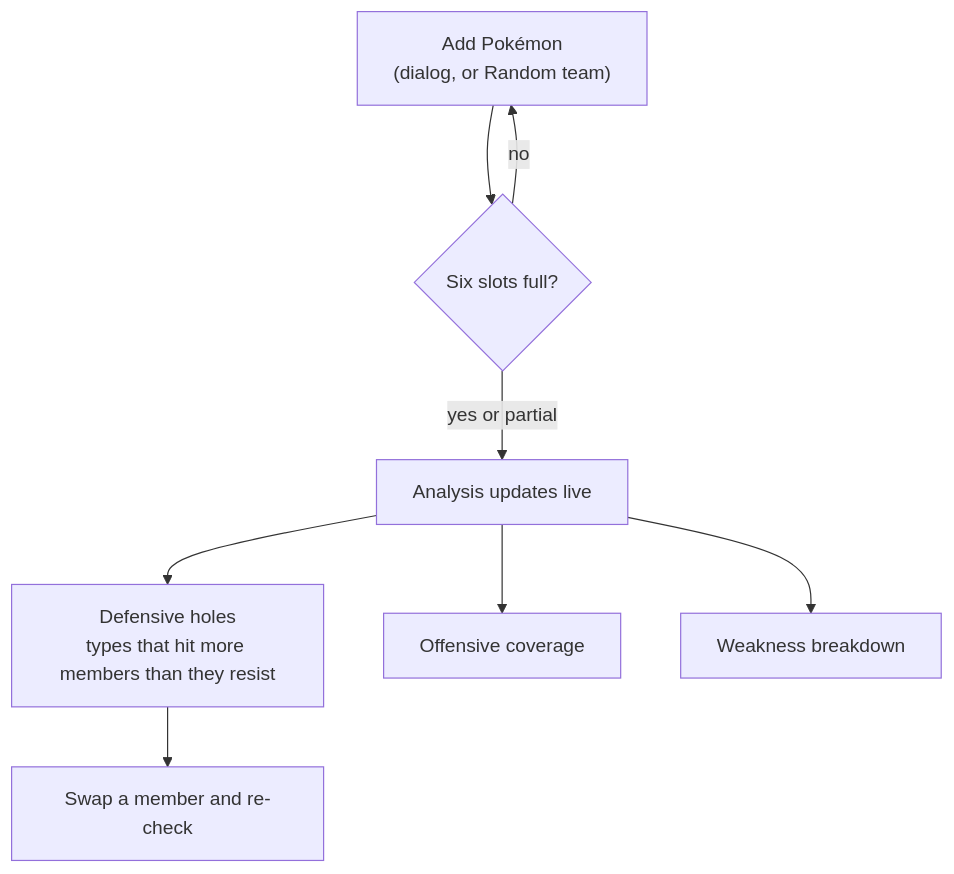
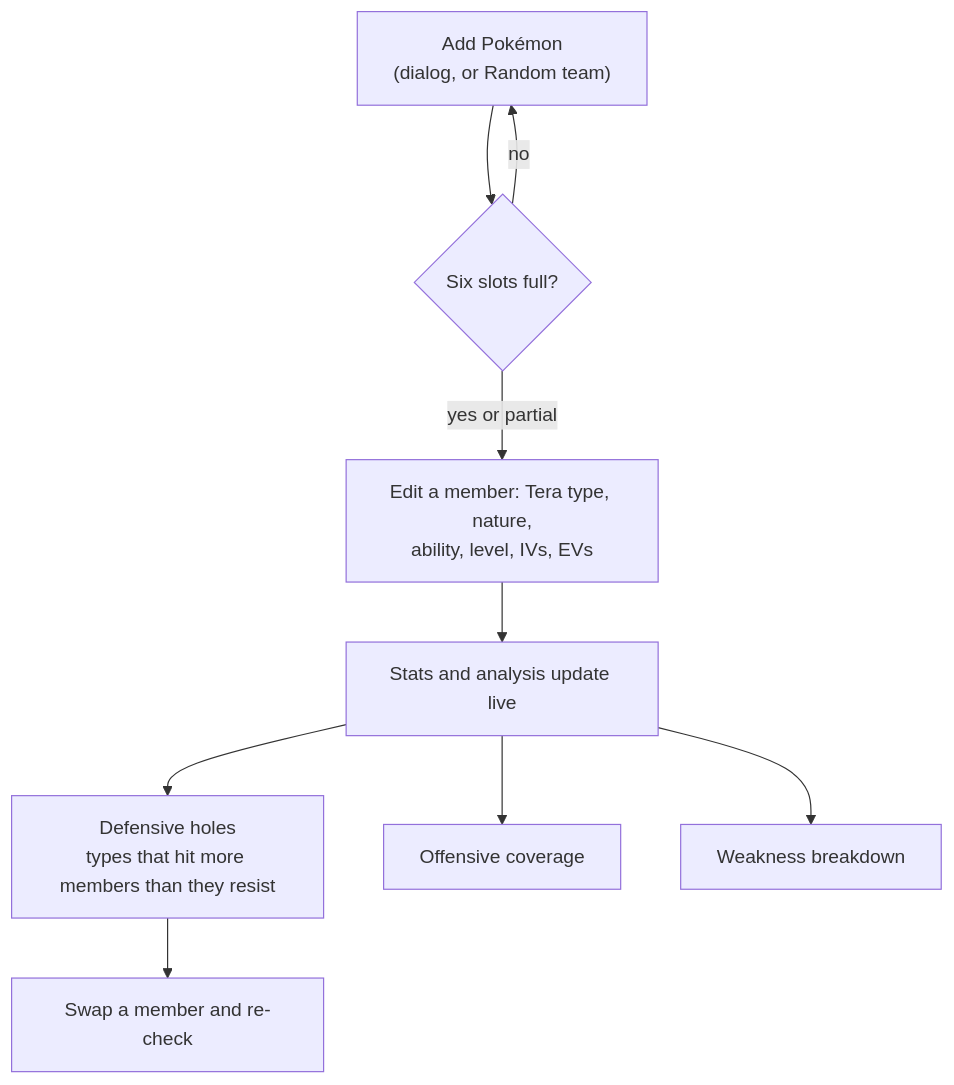
Before and after one commit to bachbnt/bokedex: the fourth of 5 diagrams in docs/DESIGN.md, drawn with Mermaid. The commit also changed other lines of this file and 47 other files, not shown here.

````diff
--- a/docs/DESIGN.md
+++ b/docs/DESIGN.md
@@ -123,10 +126,11 @@
 ```mermaid
 flowchart TD
   A["Add Pokémon<br/>(dialog, or Random team)"] --> B{Six slots full?}
   B -->|no| A
-  B -->|yes or partial| C["Analysis updates live"]
+  B -->|yes or partial| E2["Edit a member: Tera type, nature,<br/>ability, level, IVs, EVs"]
+  E2 --> C["Stats and analysis update live"]
   C --> D["Defensive holes<br/>types that hit more members than they resist"]
   C --> E["Offensive coverage"]
   C --> F["Weakness breakdown"]
   D --> G["Swap a member and re-check"]
 ```
````
